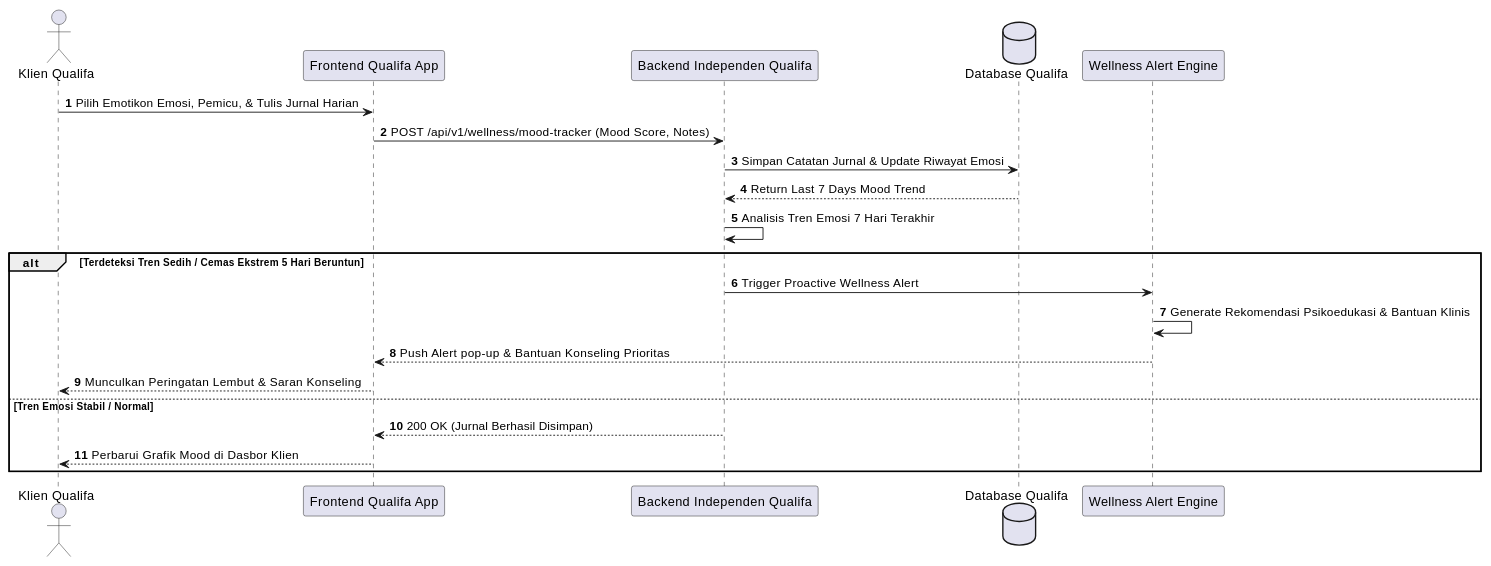
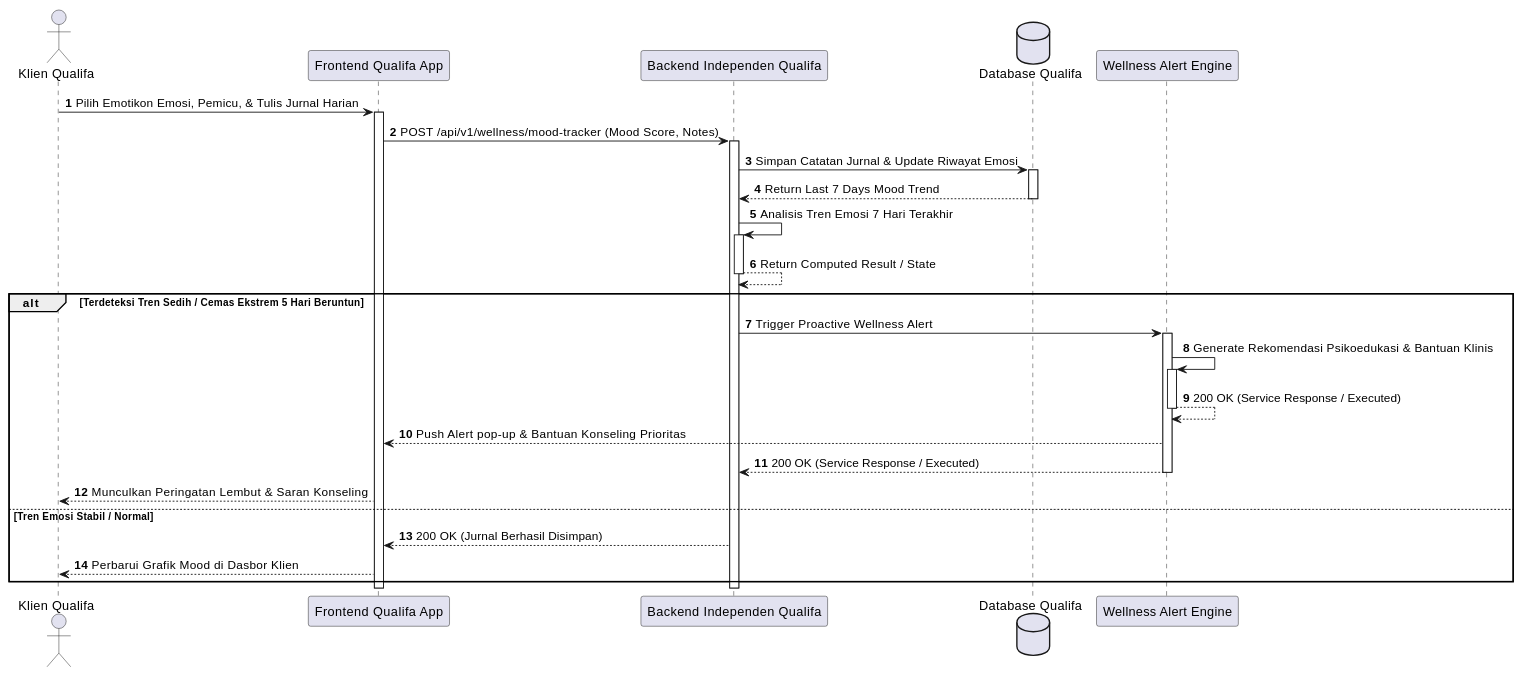
Before and after one commit to tupperwureism/SuperApp-Gagal: diagram 20 of 27 in MarkDown/plantuml_sequence_diagrams.md, drawn with PlantUML. The commit also changed other lines of this file and 1 other file, not shown here.

Commit message:
docs(uml): enforce strict UML activation bars, API/DB return arrows, and alt security boundaries for SD Justifiqa & Qualifa

````diff
--- a/MarkDown/plantuml_sequence_diagrams.md
+++ b/MarkDown/plantuml_sequence_diagrams.md
@@ -546,26 +1001,31 @@
 ```plantuml
 @startuml
 autonumber
 actor "Klien Qualifa" as Klien
 participant "Frontend Qualifa App" as FE
 participant "Backend Independen Qualifa" as BE
 database "Database Qualifa" as DB
 participant "Wellness Alert Engine" as Alert
 
-Klien -> FE : Pilih Emotikon Emosi, Pemicu, & Tulis Jurnal Harian
-FE -> BE : POST /api/v1/wellness/mood-tracker (Mood Score, Notes)
-BE -> DB : Simpan Catatan Jurnal & Update Riwayat Emosi
-DB --> BE : Return Last 7 Days Mood Trend
+Klien -> FE ++ : Pilih Emotikon Emosi, Pemicu, & Tulis Jurnal Harian
+FE -> BE ++ : POST /api/v1/wellness/mood-tracker (Mood Score, Notes)
+BE -> DB ++ : Simpan Catatan Jurnal & Update Riwayat Emosi
+DB --> BE -- : Return Last 7 Days Mood Trend
 
-BE -> BE : Analisis Tren Emosi 7 Hari Terakhir
+BE -> BE ++ : Analisis Tren Emosi 7 Hari Terakhir
+BE --> BE -- : Return Computed Result / State
 alt Terdeteksi Tren Sedih / Cemas Ekstrem 5 Hari Beruntun
-    BE -> Alert : Trigger Proactive Wellness Alert
-    Alert -> Alert : Generate Rekomendasi Psikoedukasi & Bantuan Klinis
+    BE -> Alert ++ : Trigger Proactive Wellness Alert
+    Alert -> Alert ++ : Generate Rekomendasi Psikoedukasi & Bantuan Klinis
+    Alert --> Alert -- : 200 OK (Service Response / Executed)
     Alert --> FE : Push Alert pop-up & Bantuan Konseling Prioritas
+    Alert --> BE -- : 200 OK (Service Response / Executed)
     FE --> Klien : Munculkan Peringatan Lembut & Saran Konseling
 else Tren Emosi Stabil / Normal
     BE --> FE : 200 OK (Jurnal Berhasil Disimpan)
     FE --> Klien : Perbarui Grafik Mood di Dasbor Klien
 end
+deactivate BE
+deactivate FE
 @enduml
 ```
````
